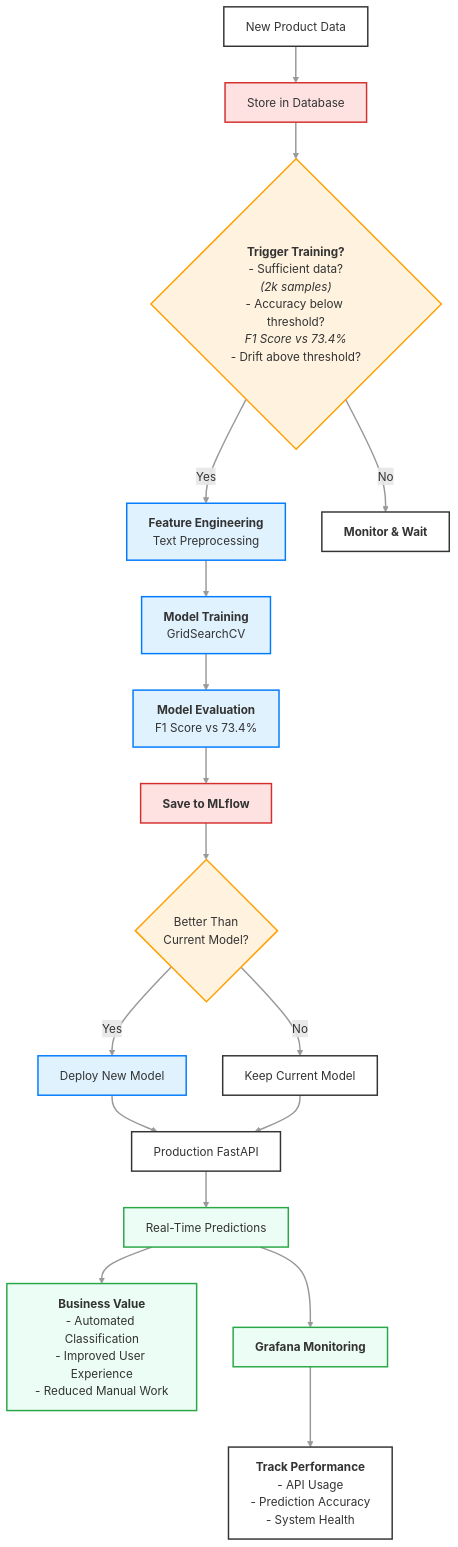
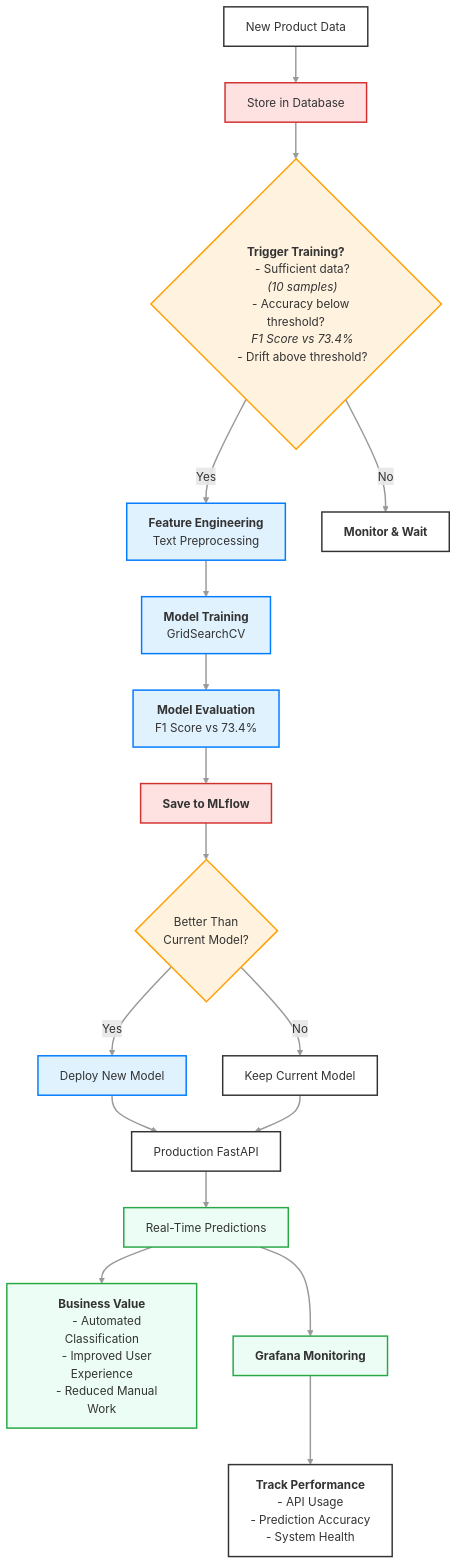
The diagram in containers/rakuten_st/flowcharts/retraining.mermaid (Pockyee/rakuten_project), drawn with Mermaid before and after one commit. The commit also changed 6 other files, not shown here.

```diff
--- a/containers/rakuten_st/flowcharts/retraining.mermaid
+++ b/containers/rakuten_st/flowcharts/retraining.mermaid
@@ -1,115 +1,115 @@
 graph TD
 
     %% RETRAINING NODES
 
     %% Data Ingestion [DI]
     Start[New Product Data]
     DataStorage[Store in Database]
     
     %% DI EDGE
     Start --> DataStorage
 
     
     %% Immediate Training Decision [ITD]
-    TrainingTrigger{"`**Trigger Training?**
+    TrainingTrigger{"<b>Trigger Training?</b>
     - Sufficient data?
-    _(2k samples)_
+    <em>(10 samples)</em>
     - Accuracy below threshold?
-    _F1 Score vs 73.4%_
-    - Drift above threshold?`"}
+    <em>F1 Score vs 73.4%</em>
+    - Drift above threshold?"}
 
-    FeatureEngineering["`**Feature Engineering**
-    Text Preprocessing`"]
+    FeatureEngineering["<b>Feature Engineering</b>
+    Text Preprocessing"]
 
-    WaitingState["`**Monitor & Wait**`"]
+    WaitingState["<b>Monitor & Wait</b>"]
 
     %% ITD EDGES
     DataStorage --> TrainingTrigger
     TrainingTrigger -- "Yes" --> FeatureEngineering
     TrainingTrigger -- "No" --> WaitingState
 
 
     %% Model Development Cycle [MDC]
 
-    ModelTraining["`**Model Training**
-    GridSearchCV`"]
+    ModelTraining["<b>Model Training</b>
+    GridSearchCV"]
 
-    ModelEvaluation["`**Model Evaluation**
-    F1 Score vs 73.4%`"]
+    ModelEvaluation["<b>Model Evaluation</b>
+    F1 Score vs 73.4%"]
     
-    ModelRegistry["`**Save to MLflow**`"]
+    ModelRegistry["<b>Save to MLflow</b>"]
 
     %% MDC EDGES
     FeatureEngineering --> ModelTraining
     ModelTraining --> ModelEvaluation
     ModelEvaluation --> ModelRegistry
 
 
     %% Deployment Decision [DD]
     
     DeploymentDecision{"Better Than
     Current Model?"}
     
     ModelDeployment["Deploy New Model"]
     
     KeepCurrent["Keep Current Model"]
 
     %% DD EDGES
     ModelRegistry --> DeploymentDecision
     DeploymentDecision -- "Yes" --> ModelDeployment
     DeploymentDecision -- "No" --> KeepCurrent
 
 
     %% REAL-TIME SERVING [RTS]
     ProductionAPI["Production FastAPI"]
     RealTimePredictions["Real-Time Predictions"]
 
     %% RTS EDGES
     ModelDeployment --> ProductionAPI
     KeepCurrent --> ProductionAPI
     ProductionAPI --> RealTimePredictions
 
 
     %% Business Value [BV]
-    BusinessValue["`**Business Value**
+    BusinessValue["<b>Business Value</b>
     - Automated Classification
     - Improved User Experience
-    - Reduced Manual Work`"]
+    - Reduced Manual Work"]
     
     %% BV EDGE
     RealTimePredictions --> BusinessValue
 
 
     %% Monitoring and Triggering [MaT]
 
-    MonitoringDashboard["`**Grafana Monitoring**`"]
+    MonitoringDashboard["<b>Grafana Monitoring</b>"]
 
-    PerformanceMetrics["`**Track Performance**
+    PerformanceMetrics["<b>Track Performance</b>
     - API Usage
     - Prediction Accuracy
-    - System Health`"]
+    - System Health"]
 
 
     %% MaT EDGES
     RealTimePredictions --> MonitoringDashboard
     MonitoringDashboard --> PerformanceMetrics
 
 
     %% STYLING
     %% Apply default styles to ALL nodes
     classDef default fill:#FFF,stroke:#333,stroke-width:2px;
 
     %% Apply default styles to ALL edges
     linkStyle default stroke:#999,stroke-width:2px,fill:none;
 
     %% Node-specific styling
     classDef process fill:#E0F2FE,stroke:#007BFF,stroke-width:2px;
     classDef decision fill:#FFF3E0,stroke:#FFA000,stroke-width:2px;
     classDef storage fill:#FEE2E2,stroke:#D32F2F,stroke-width:2px;
     classDef value fill:#ECFDF5,stroke:#28A745,stroke-width:2px;
 
     %% Applying classes to specific nodes (grouping for readability)
     class FeatureEngineering,ModelTraining,ModelEvaluation,ModelDeployment process; 
     class TrainingTrigger,DeploymentDecision decision; 
     class DataStorage,ModelRegistry storage; 
     class BusinessValue,RealTimePredictions,MonitoringDashboard value; 
```
